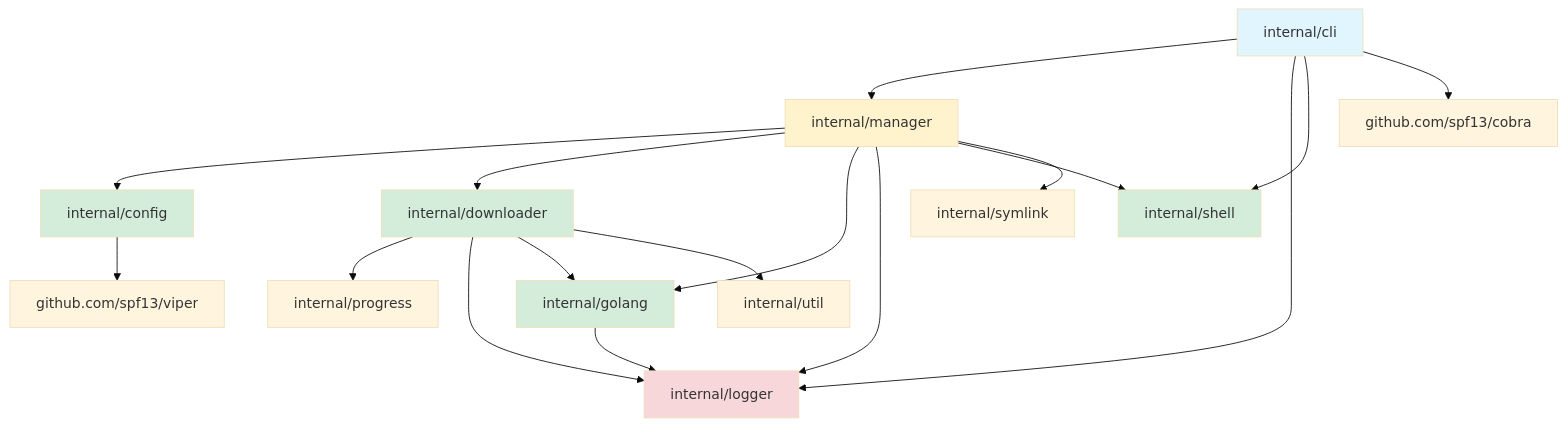
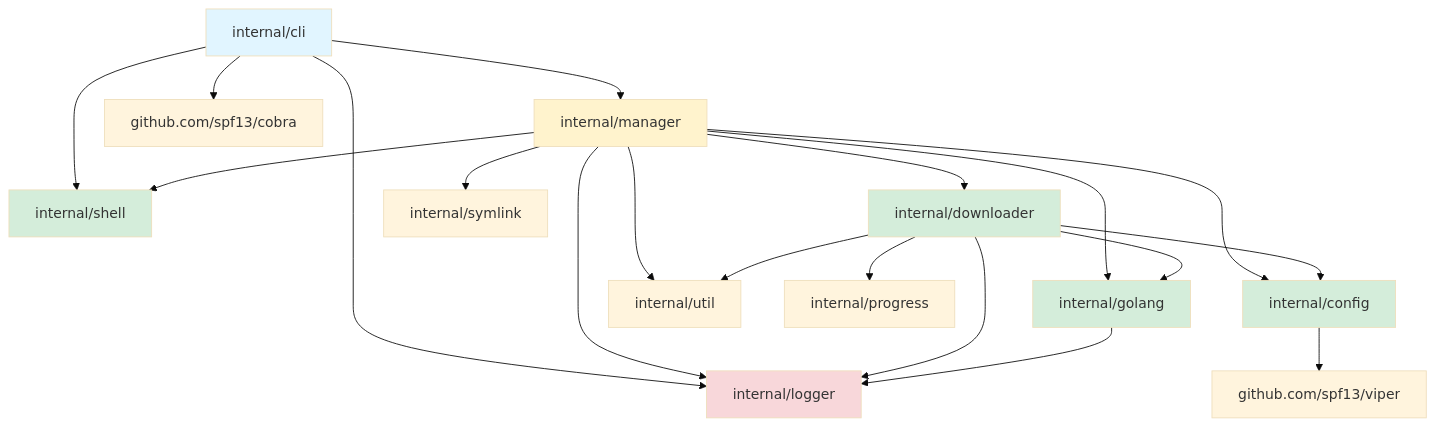
The fifth of 13 diagrams in docs/architecture-diagrams.md (justjundana/govman), drawn with Mermaid (base theme) before and after one commit. The commit also changed other lines of this file and 10 other files, not shown here.

````diff
--- a/docs/architecture-diagrams.md
+++ b/docs/architecture-diagrams.md
@@ -103,31 +106,33 @@
 ```mermaid
 graph TD
     CLI[internal/cli] --> Manager[internal/manager]
     CLI --> Logger[internal/logger]
     CLI --> Shell[internal/shell]
     
     Manager --> Config[internal/config]
     Manager --> Downloader[internal/downloader]
     Manager --> Golang[internal/golang]
     Manager --> Logger
     Manager --> Shell
     Manager --> Symlink[internal/symlink]
+    Manager --> Util[internal/util]
     
     Downloader --> Progress[internal/progress]
     Downloader --> Logger
     Downloader --> Golang
-    Downloader --> Util[internal/util]
+    Downloader --> Util
+    Downloader --> Config
     
     Golang --> Logger
     
     Config --> Viper[github.com/spf13/viper]
     CLI --> Cobra[github.com/spf13/cobra]
     
     style CLI fill:#e1f5ff
     style Manager fill:#fff3cd
     style Config fill:#d4edda
     style Downloader fill:#d4edda
     style Golang fill:#d4edda
     style Logger fill:#f8d7da
     style Shell fill:#d4edda
 ```
````
